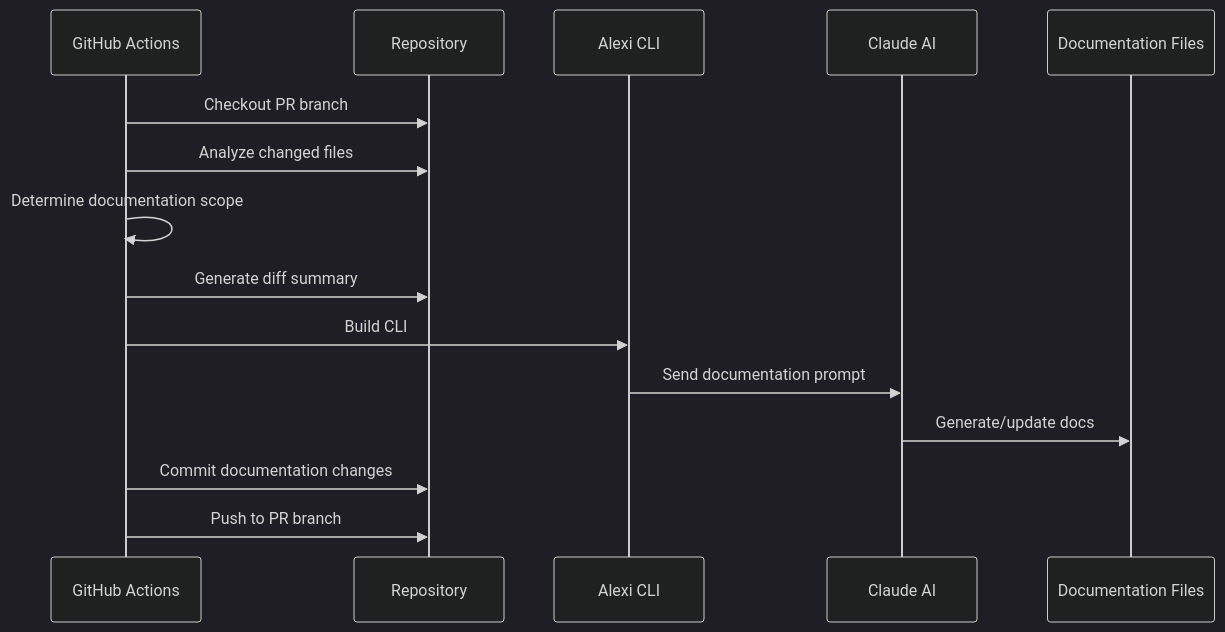
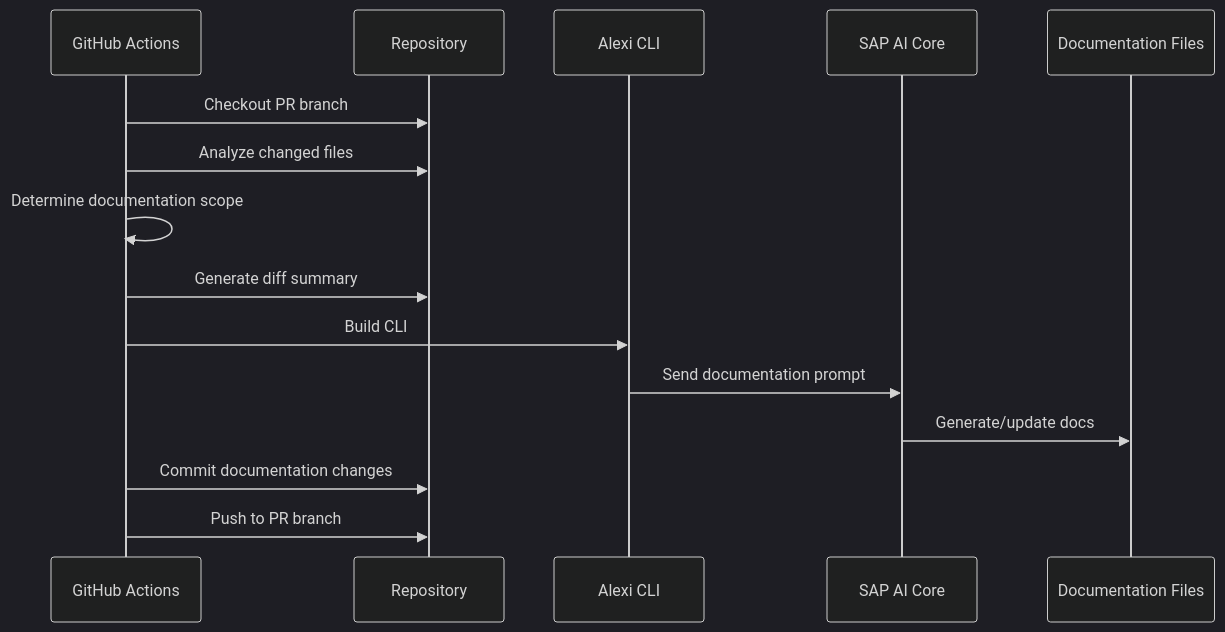
The second of 4 diagrams in docs/AUTOMATION.md (ausardcompany/sap-bot-orchestrator), drawn with Mermaid (dark theme) before and after one commit. The commit also changed other lines of this file and 2 other files, not shown here.

Commit message:
docs: auto-generate documentation [skip ci] [alexi-bot]

````diff
--- a/docs/AUTOMATION.md
+++ b/docs/AUTOMATION.md
@@ -60,18 +63,18 @@
 ```mermaid
 sequenceDiagram
     participant GH as GitHub Actions
     participant Repo as Repository
     participant Alexi as Alexi CLI
-    participant Claude as Claude AI
+    participant SAPAI as SAP AI Core
     participant Docs as Documentation Files
     
     GH->>Repo: Checkout PR branch
     GH->>Repo: Analyze changed files
     GH->>GH: Determine documentation scope
     GH->>Repo: Generate diff summary
     GH->>Alexi: Build CLI
-    Alexi->>Claude: Send documentation prompt
-    Claude->>Docs: Generate/update docs
+    Alexi->>SAPAI: Send documentation prompt
+    SAPAI->>Docs: Generate/update docs
     GH->>Repo: Commit documentation changes
     GH->>Repo: Push to PR branch
 ```
````
